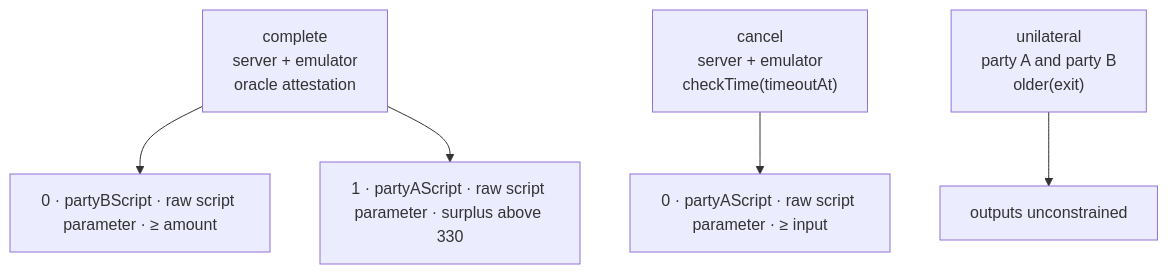
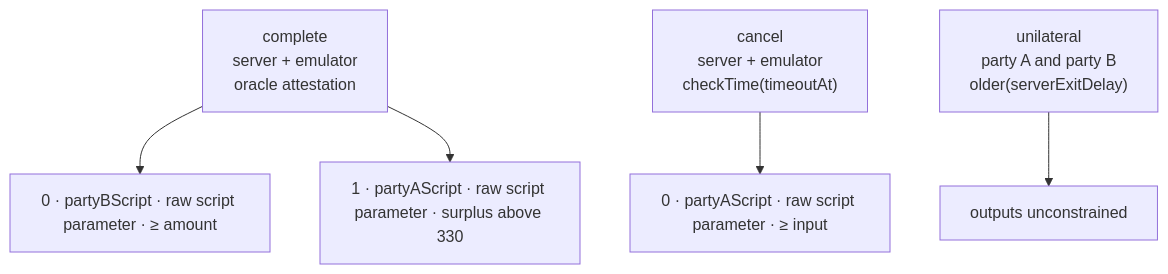
The diagram in examples/escrow/escrow.md (arkade-os/compiler), drawn with Mermaid before and after one commit. The commit also changed 28 other files, not shown here.

Commit message:
Use serverExitDelay in examples instead of a constructor exit param.

````diff
--- a/examples/escrow/escrow.md
+++ b/examples/escrow/escrow.md
@@ -5,11 +5,11 @@
 ```mermaid
 flowchart TD
   complete["complete<br/>server + emulator<br/>oracle attestation"]
   cancel["cancel<br/>server + emulator<br/>checkTime(timeoutAt)"]
-  unilateral["unilateral<br/>party A and party B<br/>older(exit)"]
+  unilateral["unilateral<br/>party A and party B<br/>older(serverExitDelay)"]
 
   complete --> b0["0 · partyBScript · raw script parameter · ≥ amount"]
   complete --> a1["1 · partyAScript · raw script parameter · surplus above 330"]
   cancel --> a0["0 · partyAScript · raw script parameter · ≥ input"]
   unilateral --> free["outputs unconstrained"]
 ```
````
